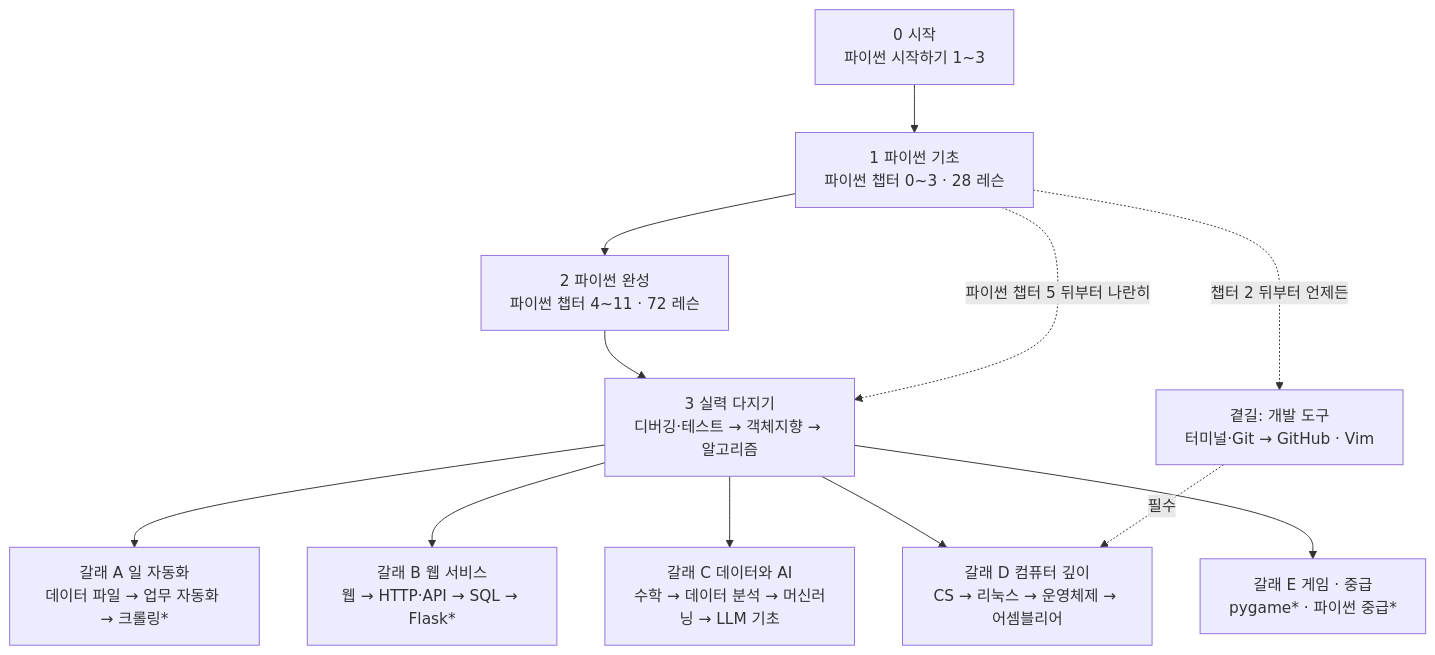
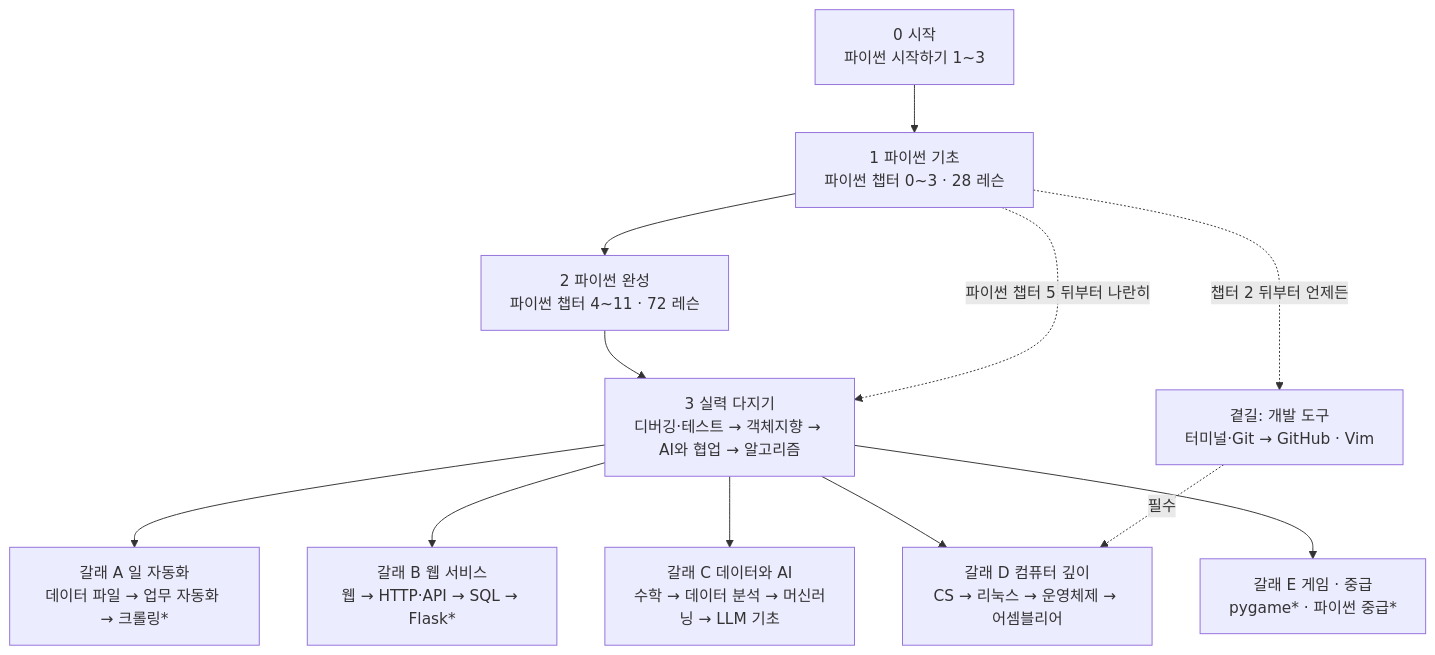
Before and after one commit to jihoon380462/python-academy: the diagram in specs/roadmap.md, drawn with Mermaid. The commit also changed other lines of this file and 30 other files, not shown here.

````diff
--- a/specs/roadmap.md
+++ b/specs/roadmap.md
@@ -58,14 +58,14 @@
 ```mermaid
 flowchart TD
   S["0 시작<br/>파이썬 시작하기 1~3"] --> P1["1 파이썬 기초<br/>파이썬 챕터 0~3 · 28 레슨"]
   P1 --> P2["2 파이썬 완성<br/>파이썬 챕터 4~11 · 72 레슨"]
-  P2 --> K["3 실력 다지기<br/>디버깅·테스트 → 객체지향 → 알고리즘"]
+  P2 --> K["3 실력 다지기<br/>디버깅·테스트 → 객체지향 → AI와 협업 → 알고리즘"]
   P1 -. 파이썬 챕터 5 뒤부터 나란히 .-> K
   K --> A["갈래 A 일 자동화<br/>데이터 파일 → 업무 자동화 → 크롤링*"]
   K --> B["갈래 B 웹 서비스<br/>웹 → HTTP·API → SQL → Flask*"]
   K --> C["갈래 C 데이터와 AI<br/>수학 → 데이터 분석 → 머신러닝 → LLM 기초"]
   K --> D["갈래 D 컴퓨터 깊이<br/>CS → 리눅스 → 운영체제 → 어셈블리어"]
   K --> E["갈래 E 게임 · 중급<br/>pygame* · 파이썬 중급*"]
   P1 -. 챕터 2 뒤부터 언제든 .-> T["곁길: 개발 도구<br/>터미널·Git → GitHub · Vim"]
   T -. 필수 .-> D
 ```
````
